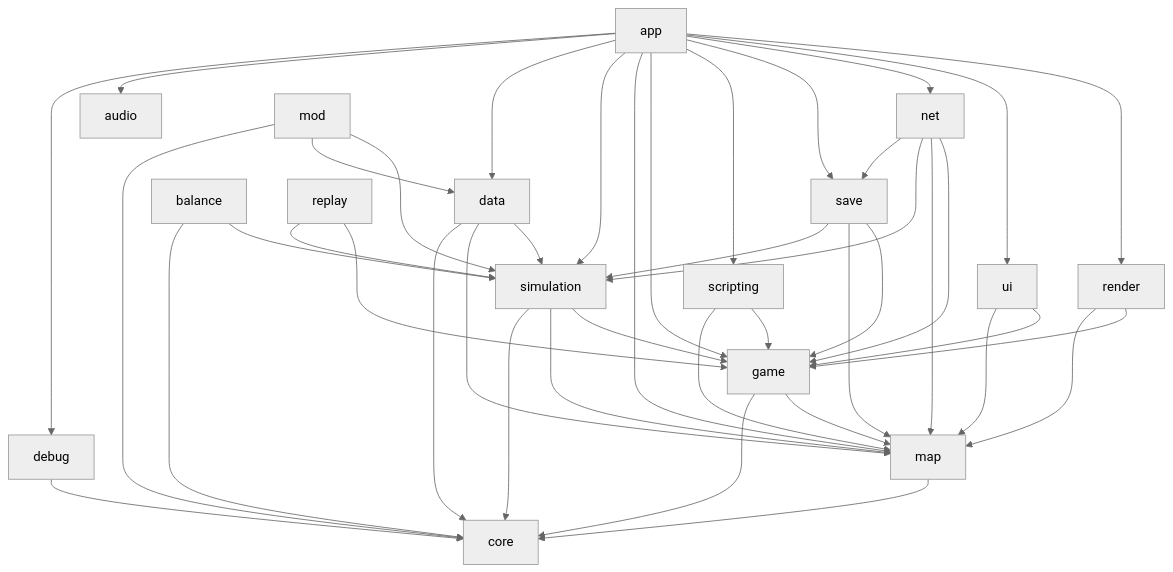
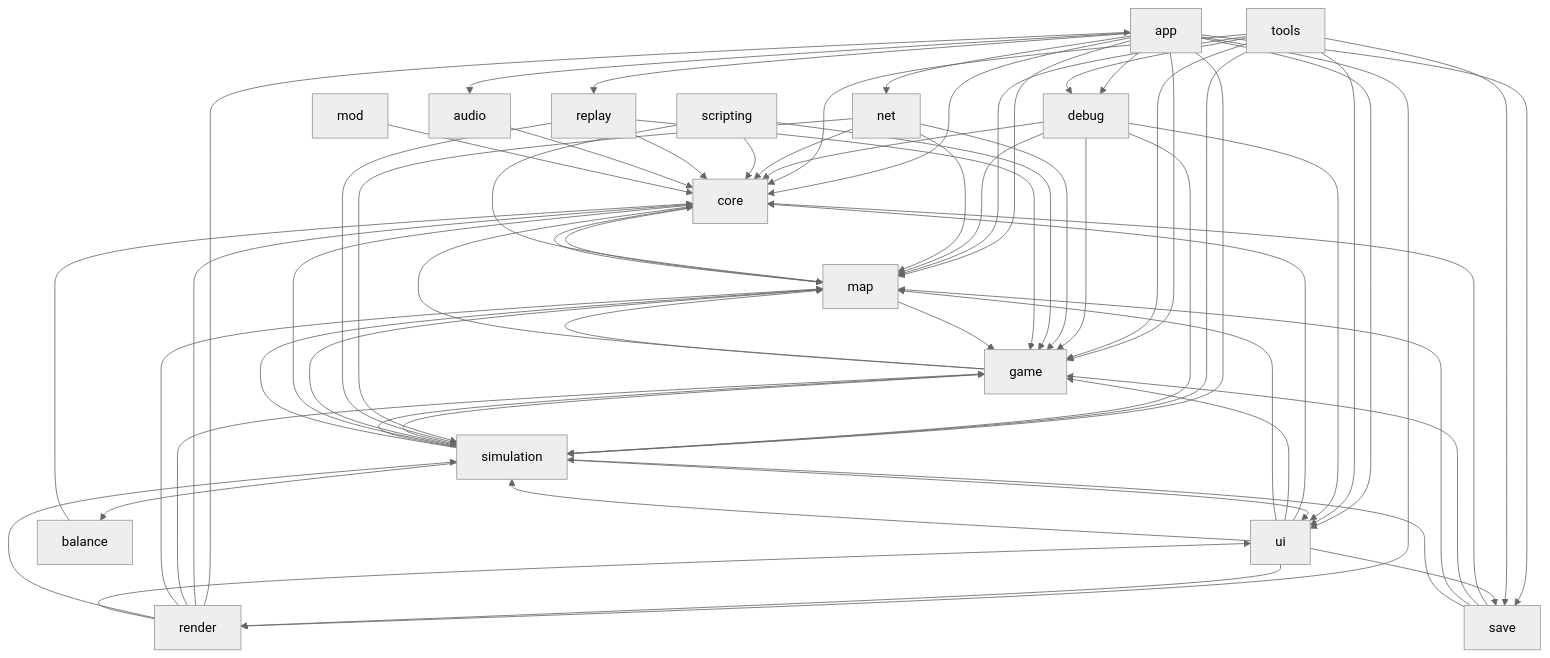
The diagram in docs/architecture/overview.md (NiklasDietz/age_of_civ), drawn with Mermaid (neutral theme) before and after one commit. The commit also changed other lines of this file and 20 other files, not shown here.

First line of the commit message:
docs: refresh the architecture tree to 90fb00e

````diff
--- a/docs/architecture/overview.md
+++ b/docs/architecture/overview.md
@@ -67,44 +83,67 @@
 ```mermaid
 graph TD
-  app --> render
-  app --> ui
-  app --> net
-  app --> save
-  app --> scripting
+  app --> audio
+  app --> core
+  app --> debug
   app --> game
   app --> map
+  app --> net
+  app --> render
+  app --> replay
+  app --> save
   app --> simulation
-  app --> data
-  app --> audio
-  app --> debug
+  app --> ui
+  tools --> core
+  tools --> debug
+  tools --> game
+  tools --> map
+  tools --> save
+  tools --> simulation
+  tools --> ui
+  render --> app
+  render --> core
+  render --> game
+  render --> map
+  render --> simulation
+  render --> ui
+  ui --> core
+  ui --> game
+  ui --> map
+  ui --> render
+  ui --> save
+  ui --> simulation
+  debug --> core
+  debug --> game
+  debug --> map
+  debug --> simulation
+  debug --> ui
+  net --> core
   net --> game
   net --> map
   net --> simulation
-  net --> save
-  render --> game
-  render --> map
-  ui --> game
-  ui --> map
+  save --> core
   save --> game
   save --> map
   save --> simulation
+  scripting --> core
   scripting --> game
   scripting --> map
+  replay --> core
+  replay --> game
+  replay --> simulation
+  simulation --> balance
+  simulation --> core
   simulation --> game
   simulation --> map
-  simulation --> core
+  simulation --> ui
+  game --> core
   game --> map
-  game --> core
+  game --> simulation
   map --> core
-  data --> simulation
-  data --> map
-  data --> core
-  debug --> core
-  balance --> simulation
+  map --> game
+  map --> simulation
+  core --> map
+  audio --> core
+  mod --> core
   balance --> core
-  replay --> game
-  replay --> simulation
-  mod --> simulation
-  mod --> data
-  mod --> core
 ```
````
